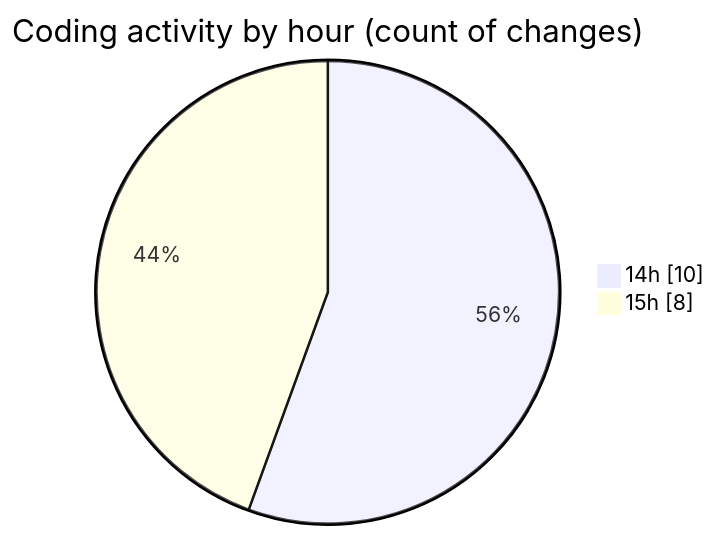
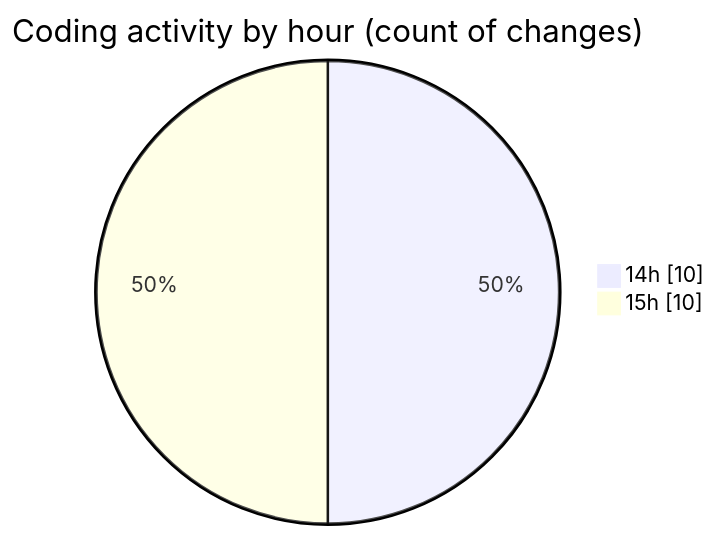
One commit to nxtqubesakshisongat/code-tracking changed the second of 2 diagrams in 2025-09-11/nxtqube_webapp/README.md. Above: the diagram before and after it, drawn with Mermaid. The commit also changed other lines of this file and 1 other file, not shown here.

````diff
--- a/2025-09-11/nxtqube_webapp/README.md
+++ b/2025-09-11/nxtqube_webapp/README.md
@@ -31,6 +32,6 @@
 ```mermaid
 pie showData
 title Coding activity by hour (count of changes)
 "14h" : 10
-"15h" : 8
+"15h" : 10
 ```
````
